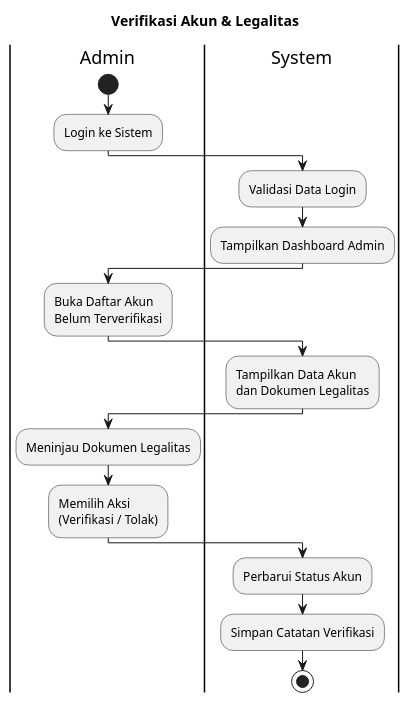
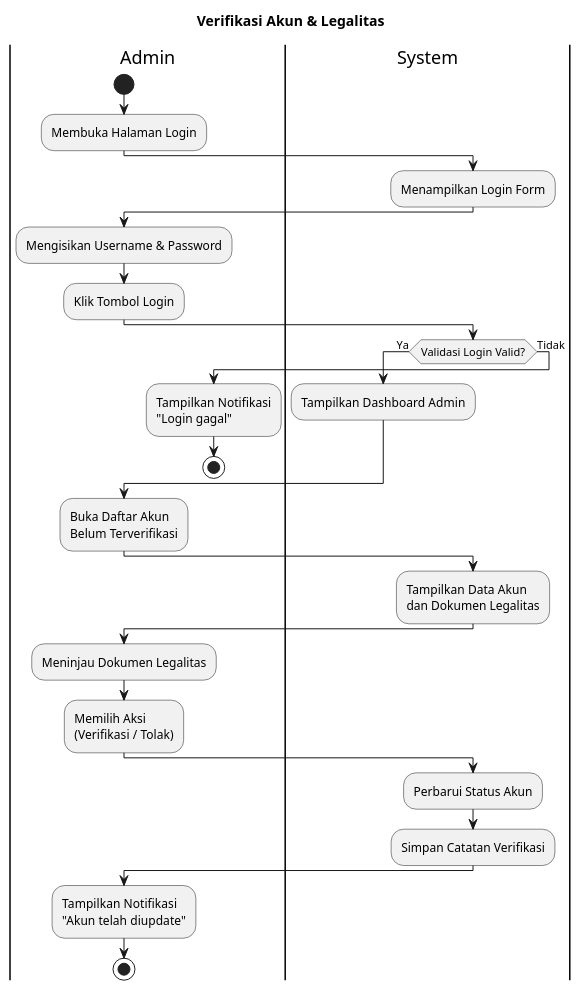
Before and after one commit to ncip48/RPL: the diagram in activity diagram/verifikasi akun.puml, drawn with PlantUML. The commit also changed 3 other files, not shown here.

```diff
--- a/activity diagram/verifikasi akun.puml
+++ b/activity diagram/verifikasi akun.puml
@@ -1,27 +1,42 @@
 @startuml
 title Verifikasi Akun & Legalitas
 
 |Admin|
 start
-:Login ke Sistem;
+:Membuka Halaman Login;
 
 |System|
-:Validasi Data Login;
-:Tampilkan Dashboard Admin;
+:Menampilkan Login Form;
+
+|Admin|
+:Mengisikan Username & Password;
+:Klik Tombol Login;
+
+|System|
+if (Validasi Login Valid?) then (Ya)
+    :Tampilkan Dashboard Admin;
+else (Tidak)
+    |Admin|
+    :Tampilkan Notifikasi\n"Login gagal";
+    stop
+endif
 
 |Admin|
 :Buka Daftar Akun\nBelum Terverifikasi;
 
 |System|
 :Tampilkan Data Akun\ndan Dokumen Legalitas;
 
 |Admin|
 :Meninjau Dokumen Legalitas;
 :Memilih Aksi\n(Verifikasi / Tolak);
 
 |System|
 :Perbarui Status Akun;
 :Simpan Catatan Verifikasi;
 
+|Admin|
+:Tampilkan Notifikasi\n"Akun telah diupdate";
+
 stop
 @enduml
```
